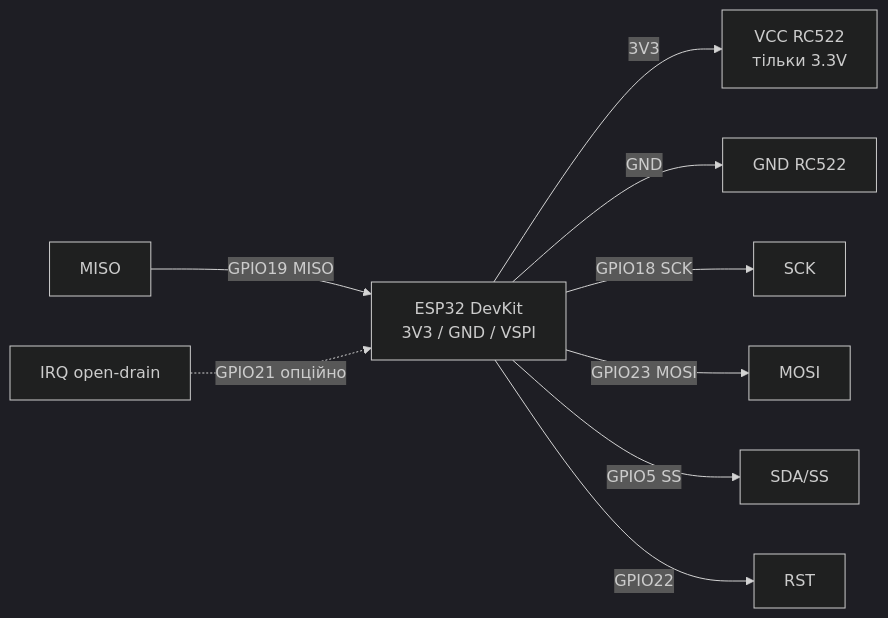
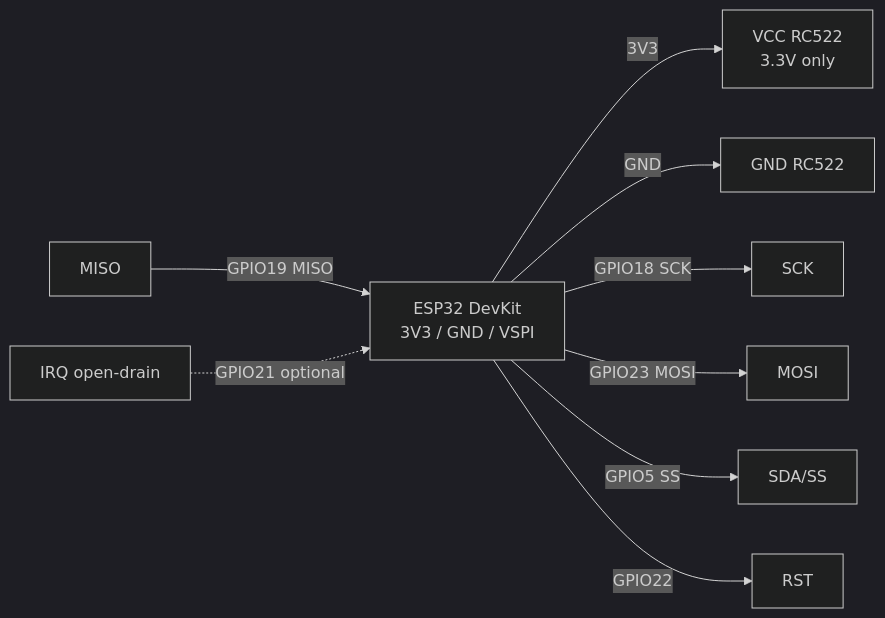
Before and after one commit to ksalab/embedded-reference: the diagram in obsidian_vault/ESP32-Reference/EN/12-Comm-Modules/01-RC522-RFID.en.md, drawn with Mermaid (dark theme). The commit also changed other lines of this file and 76 other files, not shown here.

````diff
--- a/obsidian_vault/ESP32-Reference/EN/12-Comm-Modules/01-RC522-RFID.en.md
+++ b/obsidian_vault/ESP32-Reference/EN/12-Comm-Modules/01-RC522-RFID.en.md
@@ -92,11 +92,11 @@
 ```mermaid
 graph LR
-    ESP32[ESP32 DevKit<br/>3V3 / GND / VSPI] -->|3V3| VCC[VCC RC522<br/>тільки 3.3V]
+    ESP32[ESP32 DevKit<br/>3V3 / GND / VSPI] -->|3V3| VCC[VCC RC522<br/>3.3V only]
     ESP32 -->|GND| GNDM[GND RC522]
     ESP32 -->|GPIO18 SCK| SCK[SCK]
     ESP32 -->|GPIO23 MOSI| MOSI[MOSI]
     MISO[MISO] -->|GPIO19 MISO| ESP32
     ESP32 -->|GPIO5 SS| SDA[SDA/SS]
     ESP32 -->|GPIO22| RST[RST]
-    IRQ[IRQ open-drain] -.->|GPIO21 опційно| ESP32
+    IRQ[IRQ open-drain] -.->|GPIO21 optional| ESP32
 ```
````
